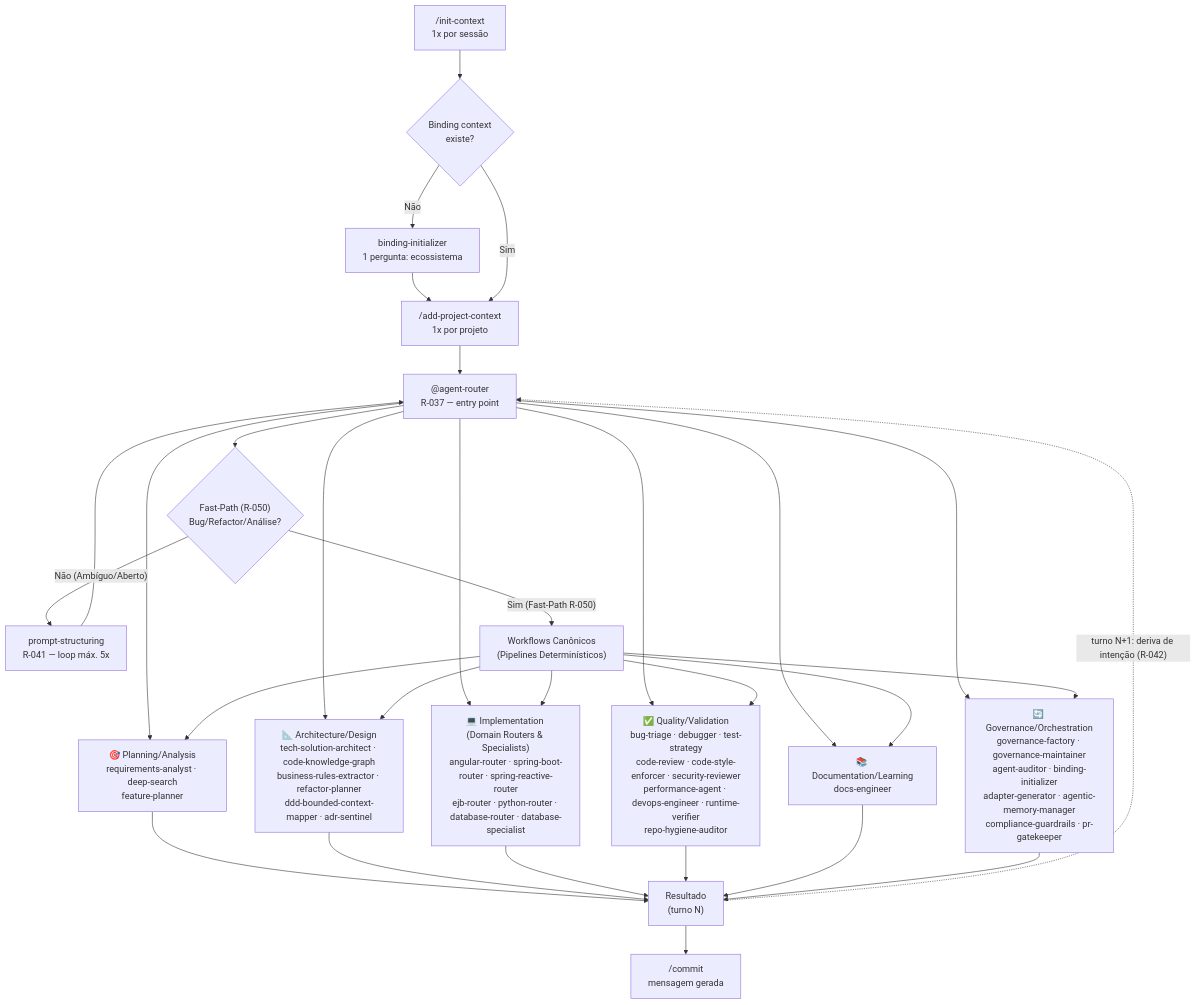
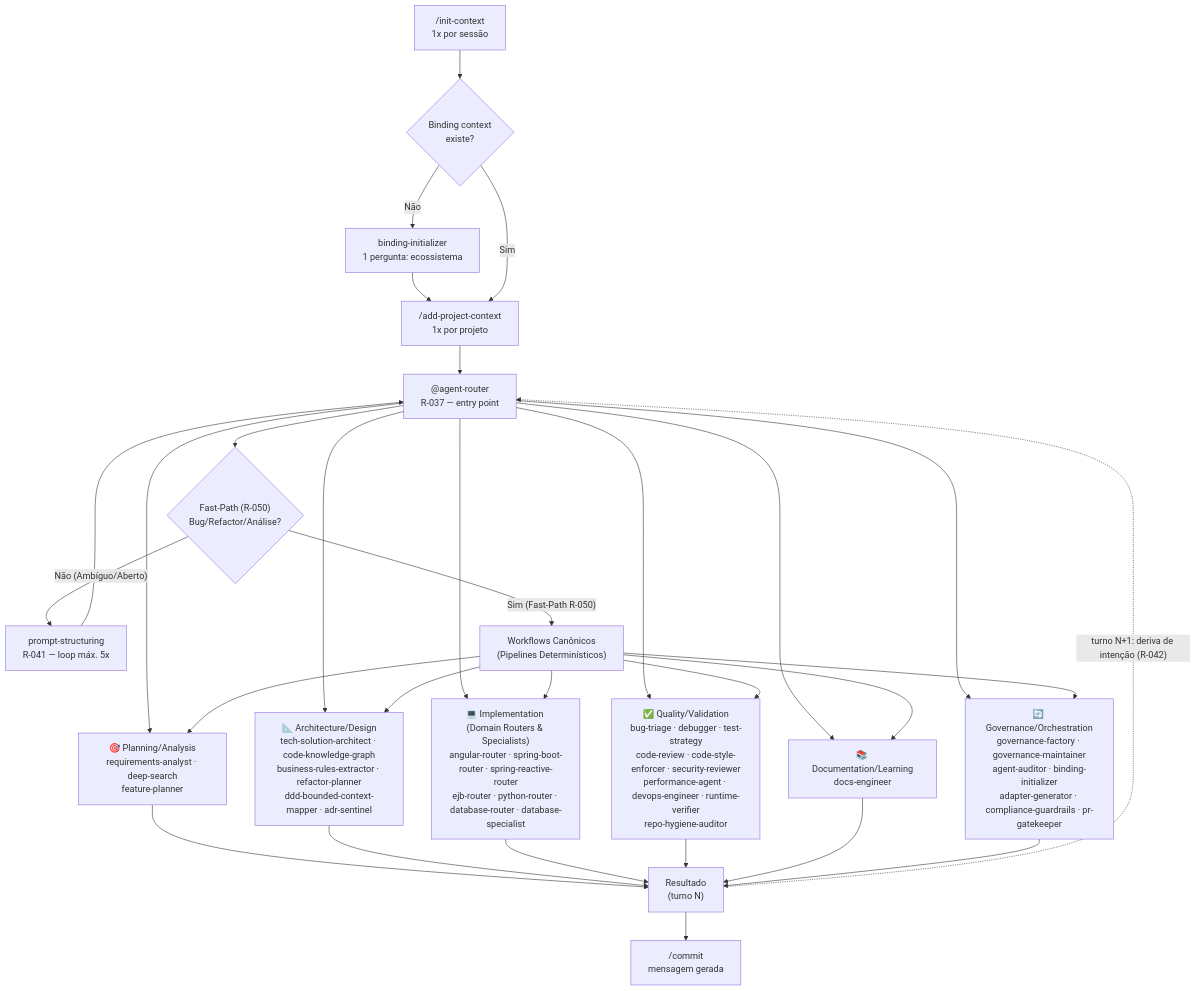
Before and after one commit to jezreel8858/deep-agents-copilot: the first of 2 diagrams in README.md, drawn with Mermaid. The commit also changed other lines of this file and 12 other files, not shown here.

First line of the commit message:
refactor(governance): descomissionar e higienizar agentic-memory-manager

````diff
--- a/README.md
+++ b/README.md
@@ -179,23 +179,23 @@
 ```mermaid
 flowchart TD
     A["/init-context\n1x por sessão"] --> B{Binding context\nexiste?}
     B -- Não --> C["binding-initializer\n1 pergunta: ecossistema"]
     C --> D["/add-project-context\n1x por projeto"]
     B -- Sim --> D
     D --> E["@agent-router\nR-037 — entry point"]
     E --> FP{"Fast-Path (R-050)\nBug/Refactor/Análise?"}
     FP -- "Não (Ambíguo/Aberto)" --> P["prompt-structuring\nR-041 — loop máx. 5x"]
     P --> E
     FP -- "Sim (Fast-Path R-050)" --> WF["Workflows Canônicos\n(Pipelines Determinísticos)"]
 
     E & WF --> G1["🎯 Planning/Analysis\nrequirements-analyst · deep-search\nfeature-planner"]
     E & WF --> G2["📐 Architecture/Design\ntech-solution-architect · code-knowledge-graph\nbusiness-rules-extractor · refactor-planner\nddd-bounded-context-mapper · adr-sentinel"]
     E & WF --> G3["💻 Implementation (Domain Routers & Specialists)\nangular-router · spring-boot-router · spring-reactive-router\nejb-router · python-router · database-router · database-specialist"]
     E & WF --> G4["✅ Quality/Validation\nbug-triage · debugger · test-strategy\ncode-review · code-style-enforcer · security-reviewer\nperformance-agent · devops-engineer · runtime-verifier\nrepo-hygiene-auditor"]
     E & WF --> G5["📚 Documentation/Learning\ndocs-engineer"]
-    E & WF --> G6["🔄 Governance/Orchestration\ngovernance-factory · governance-maintainer\nagent-auditor · binding-initializer\nadapter-generator · agentic-memory-manager\ncompliance-guardrails · pr-gatekeeper"]
+    E & WF --> G6["🔄 Governance/Orchestration\ngovernance-factory · governance-maintainer\nagent-auditor · binding-initializer\nadapter-generator · compliance-guardrails · pr-gatekeeper"]
 
     G1 & G2 & G3 & G4 & G5 & G6 --> K["Resultado\n(turno N)"]
     K --> L["/commit\nmensagem gerada"]
     K -.->|"turno N+1: deriva de intenção (R-042)"| E
 ```
````
